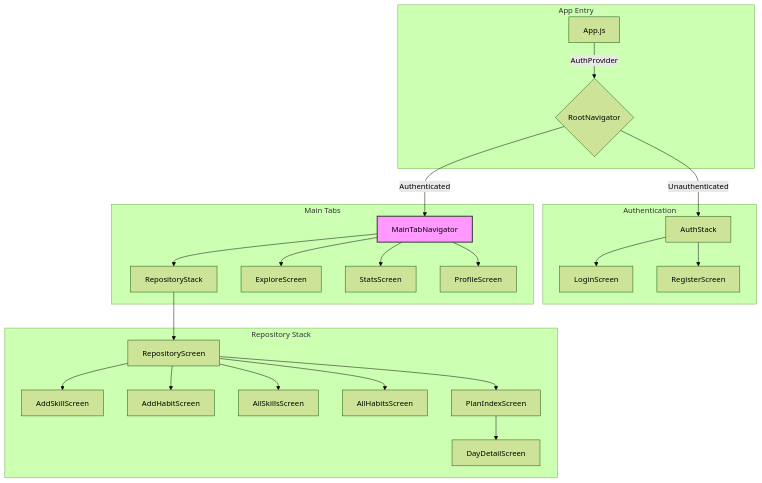
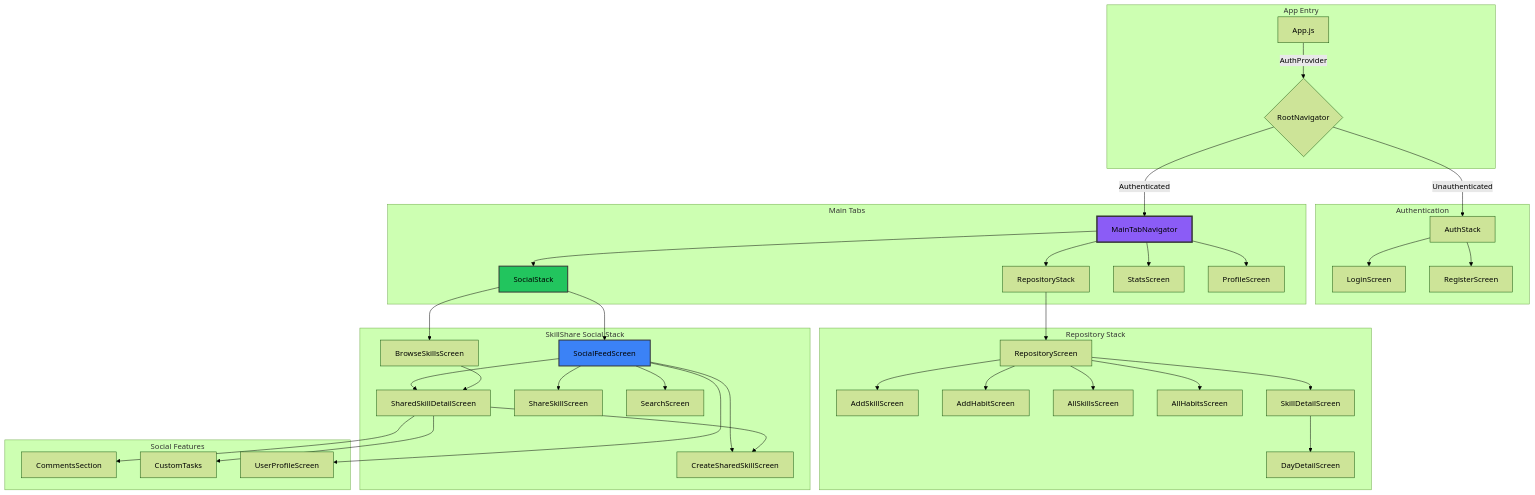
Before and after one commit to ZayK1/Orbital-TeamYiZ: the third of 7 diagrams in Developer's Guide.md, drawn with Mermaid (forest theme). The commit also changed other lines of this file, not shown here.

````diff
--- a/Developer's Guide.md
+++ b/Developer's Guide.md
@@ -754,33 +888,52 @@
 ```mermaid
 graph TD
   subgraph "App Entry"
     A[App.js] -->|AuthProvider| B{RootNavigator}
   end
 
   B -->|Unauthenticated| C[AuthStack]
   B -->|Authenticated| D[MainTabNavigator]
 
   subgraph "Authentication"
     C --> E[LoginScreen]
     C --> F[RegisterScreen]
   end
 
   subgraph "Main Tabs"
     D --> G[RepositoryStack]
-    D --> K[ExploreScreen]
+    D --> S[SocialStack]
     D --> L[StatsScreen]
     D --> M[ProfileScreen]
   end
 
   subgraph "Repository Stack"
     G --> H[RepositoryScreen]
     H --> I[AddSkillScreen]
     H --> J[AddHabitScreen]
     H --> N[AllSkillsScreen]
     H --> O[AllHabitsScreen]
-    H --> P[PlanIndexScreen]
+    H --> P[SkillDetailScreen]
     P --> Q[DayDetailScreen]
   end
 
-  style D fill:#f9f,stroke:#333,stroke-width:2px
+  subgraph "SkillShare Social Stack"
+    S --> SF[SocialFeedScreen]
+    S --> BS[BrowseSkillsScreen]
+    SF --> SSD[SharedSkillDetailScreen]
+    BS --> SSD
+    SF --> CSS[CreateSharedSkillScreen]
+    SF --> SSS[ShareSkillScreen]
+    SF --> SEARCH[SearchScreen]
+    SSD --> CSS
+  end
+
+  subgraph "Social Features"
+    SSD --> COMMENTS[CommentsSection]
+    SSD --> TASKS[CustomTasks]
+    SF --> PROFILE[UserProfileScreen]
+  end
+
+  style D fill:#8B5CF6,stroke:#333,stroke-width:3px
+  style S fill:#22C55E,stroke:#333,stroke-width:2px
+  style SF fill:#3B82F6,stroke:#333,stroke-width:2px
 ```
````
